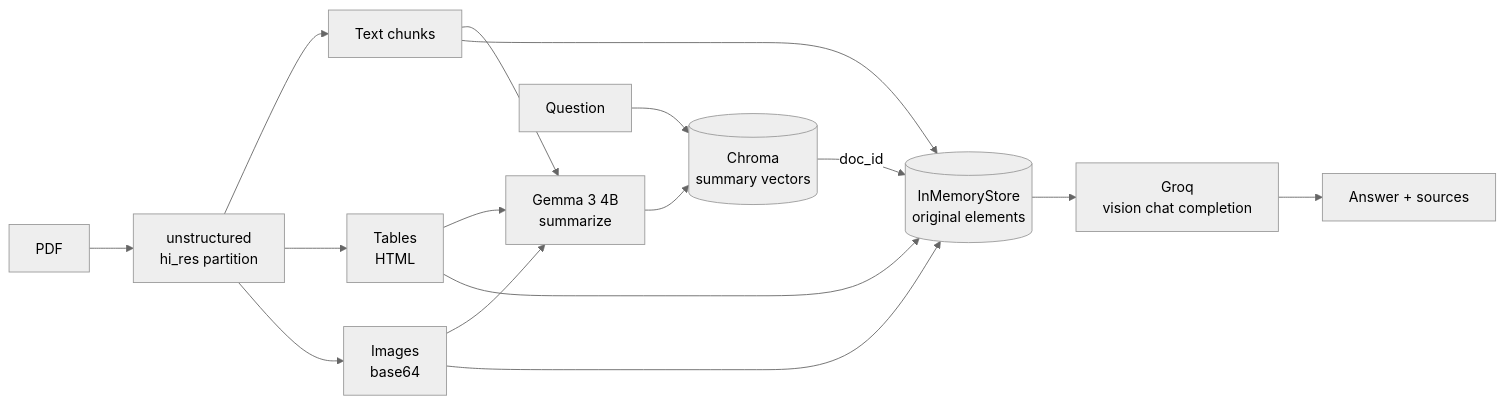
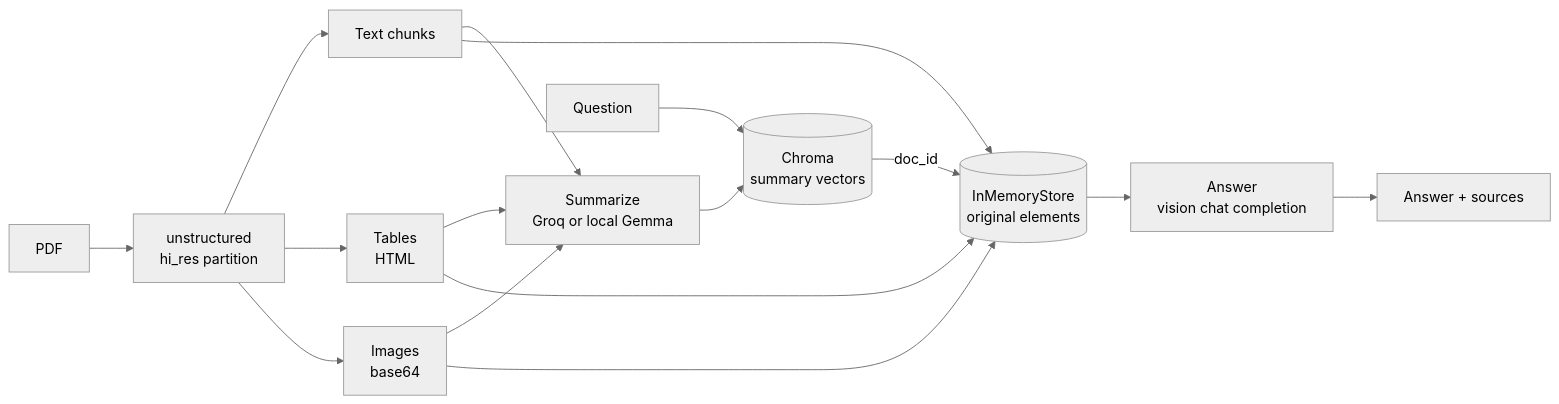
Before and after one commit to manish-01882/docu_mind: the diagram in README.md, drawn with Mermaid (neutral theme). The commit also changed other lines of this file and 13 other files, not shown here.

````diff
--- a/README.md
+++ b/README.md
@@ -11,14 +11,14 @@
 ```mermaid
 flowchart LR
     A[PDF] --> B[unstructured<br/>hi_res partition]
     B --> C[Text chunks]
     B --> D[Tables<br/>HTML]
     B --> E[Images<br/>base64]
-    C & D & E --> F[Gemma 3 4B<br/>summarize]
+    C & D & E --> F[Summarize<br/>Groq or local Gemma]
     F --> G[(Chroma<br/>summary vectors)]
     C & D & E --> H[(InMemoryStore<br/>original elements)]
     I[Question] --> G
     G -- doc_id --> H
-    H --> J[Groq<br/>vision chat completion]
+    H --> J[Answer<br/>vision chat completion]
     J --> K[Answer + sources]
 ```
````
